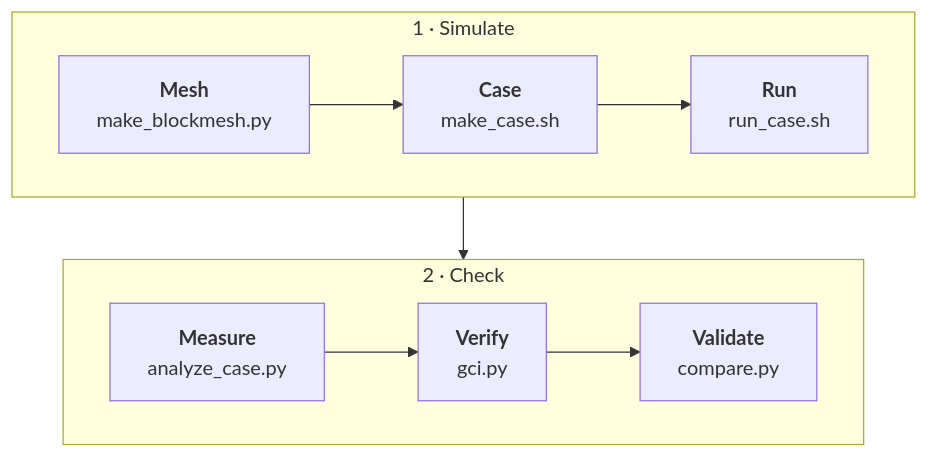
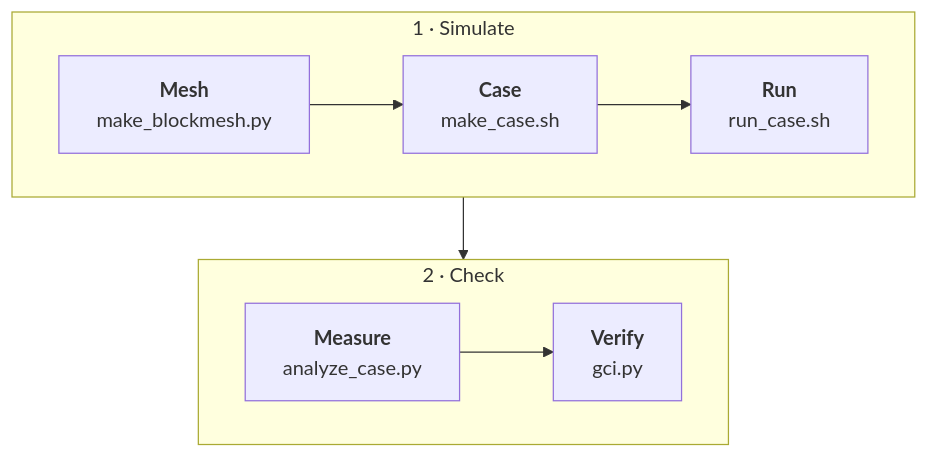
One commit to adibatic/cfd-cylinder changed the diagram in README.md. Above: the diagram before and after it, drawn with Mermaid. The commit also changed other lines of this file and 1 other file, not shown here.

````diff
--- a/README.md
+++ b/README.md
@@ -63,12 +63,12 @@
 ```mermaid
 flowchart TB
     subgraph S["1 · Simulate"]
         direction LR
         M["<b>Mesh</b><br>make_blockmesh.py"] --> C["<b>Case</b><br>make_case.sh"] --> R["<b>Run</b><br>run_case.sh"]
     end
     subgraph Q["2 · Check"]
         direction LR
-        P["<b>Measure</b><br>analyze_case.py"] --> V["<b>Verify</b><br>gci.py"] --> X["<b>Validate</b><br>compare.py"]
+        P["<b>Measure</b><br>analyze_case.py"] --> V["<b>Verify</b><br>gci.py"]
     end
     S --> Q
 ```
````
